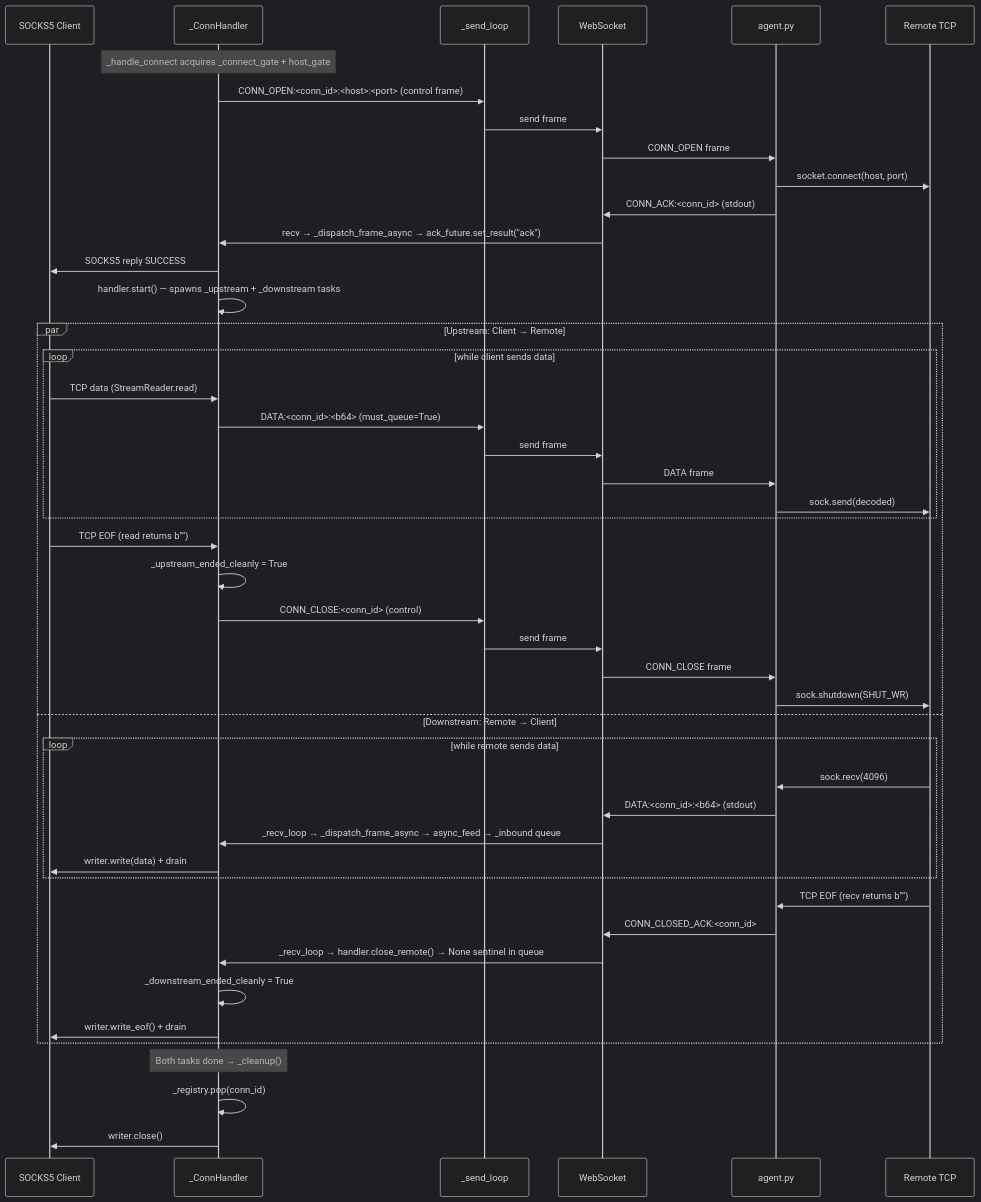
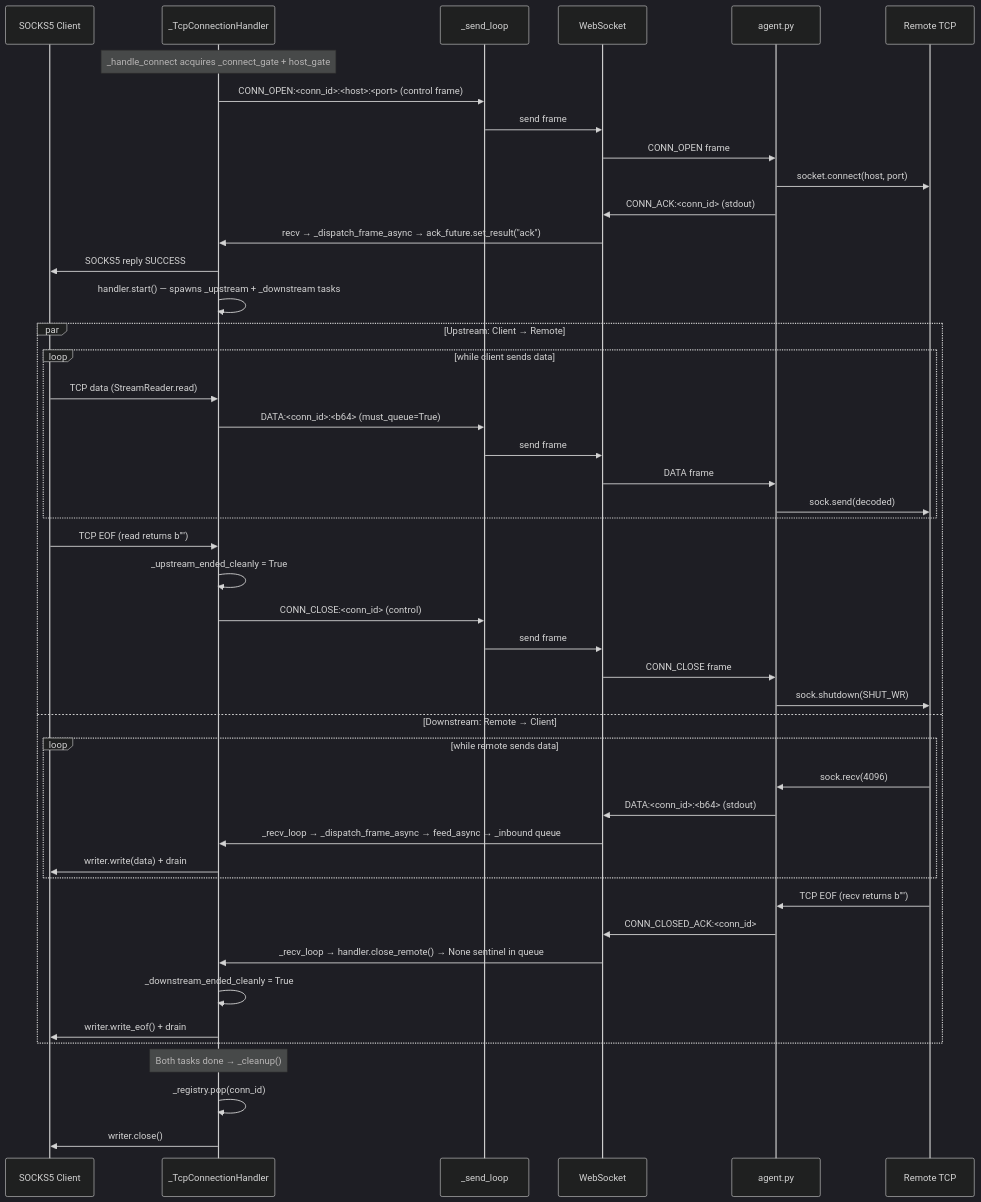
The fourth of 14 diagrams in docs/architecture.md (Khodaparastan/ExecTunnel), drawn with Mermaid (dark theme) before and after one commit. The commit also changed other lines of this file and 3 other files, not shown here.

````diff
--- a/docs/architecture.md
+++ b/docs/architecture.md
@@ -156,51 +160,51 @@
 ```mermaid
 sequenceDiagram
     participant C as SOCKS5 Client
-    participant H as _ConnHandler
+    participant H as _TcpConnectionHandler
     participant SL as _send_loop
     participant WS as WebSocket
     participant A as agent.py
     participant R as Remote TCP
 
     Note over H: _handle_connect acquires _connect_gate + host_gate
     H->>SL: CONN_OPEN:<conn_id>:<host>:<port> (control frame)
     SL->>WS: send frame
     WS->>A: CONN_OPEN frame
     A->>R: socket.connect(host, port)
     A->>WS: CONN_ACK:<conn_id> (stdout)
     WS->>H: recv → _dispatch_frame_async → ack_future.set_result("ack")
     H->>C: SOCKS5 reply SUCCESS
     H->>H: handler.start() — spawns _upstream + _downstream tasks
 
     par Upstream: Client → Remote
         loop while client sends data
             C->>H: TCP data (StreamReader.read)
             H->>SL: DATA:<conn_id>:<b64> (must_queue=True)
             SL->>WS: send frame
             WS->>A: DATA frame
             A->>R: sock.send(decoded)
         end
         C->>H: TCP EOF (read returns b"")
         H->>H: _upstream_ended_cleanly = True
         H->>SL: CONN_CLOSE:<conn_id> (control)
         SL->>WS: send frame
         WS->>A: CONN_CLOSE frame
         A->>R: sock.shutdown(SHUT_WR)
     and Downstream: Remote → Client
         loop while remote sends data
             R->>A: sock.recv(4096)
             A->>WS: DATA:<conn_id>:<b64> (stdout)
-            WS->>H: _recv_loop → _dispatch_frame_async → async_feed → _inbound queue
+            WS->>H: _recv_loop → _dispatch_frame_async → feed_async → _inbound queue
             H->>C: writer.write(data) + drain
         end
         R->>A: TCP EOF (recv returns b"")
         A->>WS: CONN_CLOSED_ACK:<conn_id>
         WS->>H: _recv_loop → handler.close_remote() → None sentinel in queue
         H->>H: _downstream_ended_cleanly = True
         H->>C: writer.write_eof() + drain
     end
 
     Note over H: Both tasks done → _cleanup()
     H->>H: _registry.pop(conn_id)
     H->>C: writer.close()
 ```
````
